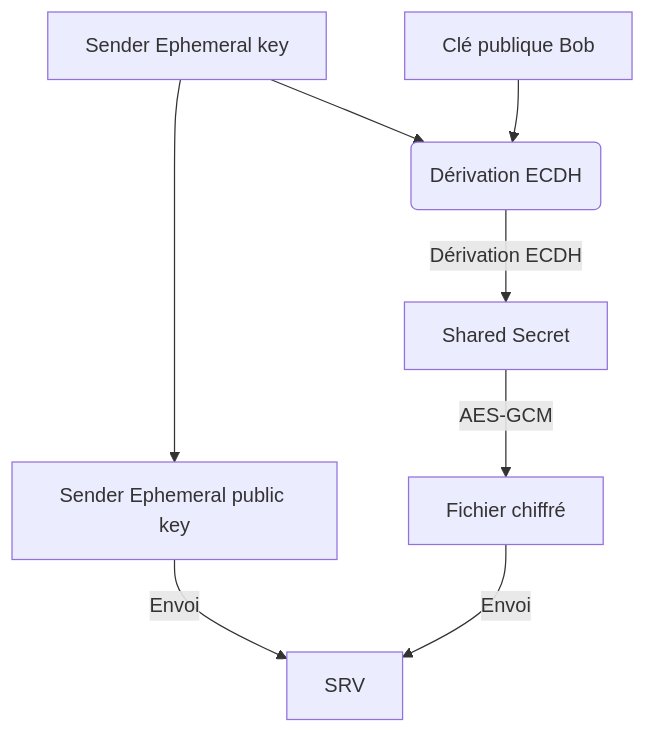
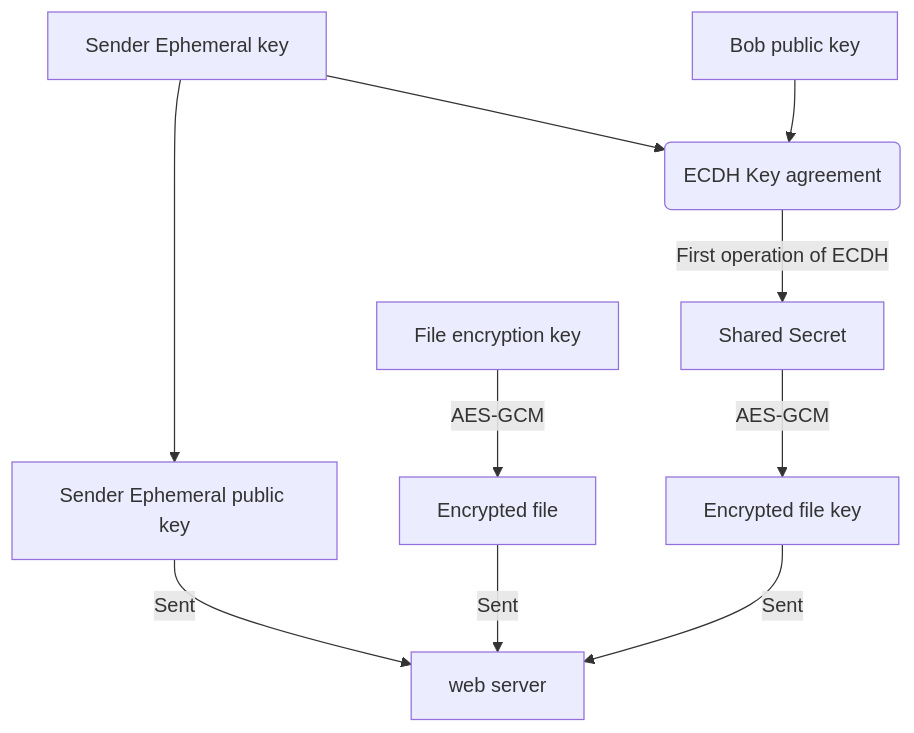
The second of 3 diagrams in TAD/README.md (TurboThon/turbex), drawn with Mermaid before and after one commit. The commit also changed other lines of this file, not shown here.

First line of the commit message:
Doc: Correct diagrams

````diff
--- a/TAD/README.md
+++ b/TAD/README.md
@@ -29,10 +29,12 @@
 ```mermaid
 graph TD
     SEK[Sender Ephemeral key] --> PFKCompute
     SEK --> SEPUBK[Sender Ephemeral public key]
-    SEPUBK -->|Envoi| SRV
-    BPUBK[Clé publique Bob] --> PFKCompute
-    PFKCompute(Dérivation ECDH) -->|Dérivation ECDH| PFK
-	PFK[Shared Secret] -->|AES-GCM| EF[Fichier chiffré]
-	EF -->|Envoi| SRV
+    SEPUBK -->|Sent| SRV[web server]
+    PFK[File encryption key] -->|AES-GCM| EF[Encrypted file]
+    EF -->|Sent| SRV
+    BPUBK[Bob public key] --> PFKCompute
+    PFKCompute(ECDH Key agreement) -->|First operation of ECDH| SS
+	SS[Shared Secret] -->|AES-GCM| EPFK[Encrypted file key]
+    EPFK -->|Sent| SRV
 ```
````
